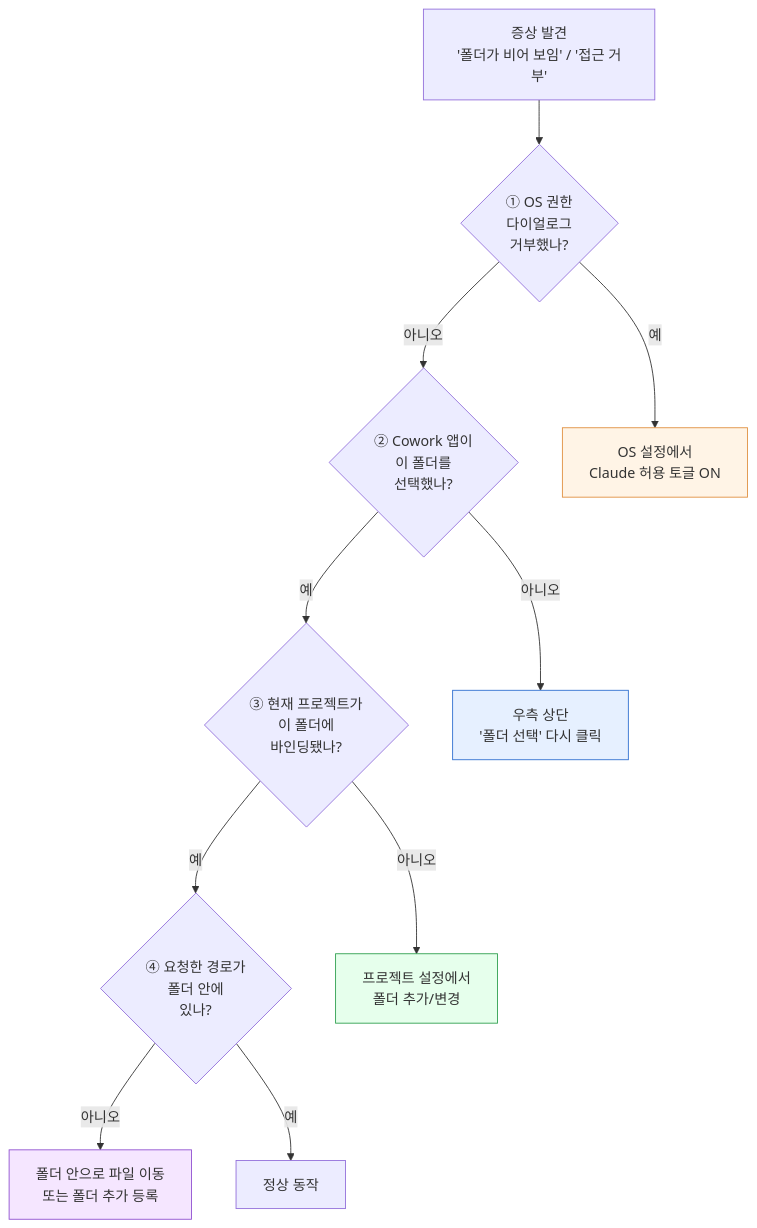
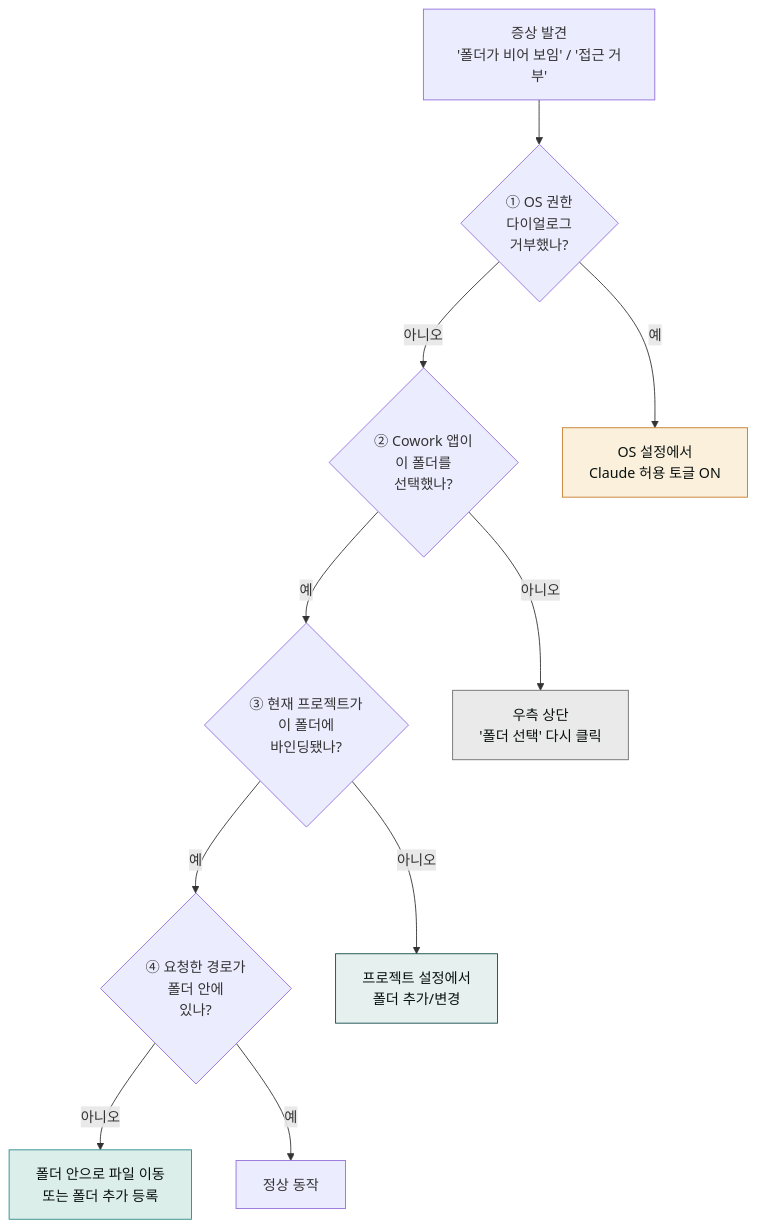
One commit to modu-ai/claude changed the fourth of 4 diagrams in content/cowork/permissions.md. Above: the diagram before and after it, drawn with Mermaid. The commit also changed other lines of this file and 97 other files, not shown here.

First line of the commit message:
style(docs-site): mermaid 색상 브랜드 정합 + 라이트 테마 단일화

````diff
--- a/content/cowork/permissions.md
+++ b/content/cowork/permissions.md
@@ -138,28 +138,28 @@
 ```mermaid
 flowchart TD
     S0[증상 발견<br/>'폴더가 비어 보임' / '접근 거부']
     S1{① OS 권한<br/>다이얼로그<br/>거부했나?}
     S2{② Cowork 앱이<br/>이 폴더를<br/>선택했나?}
     S3{③ 현재 프로젝트가<br/>이 폴더에<br/>바인딩됐나?}
     S4{④ 요청한 경로가<br/>폴더 안에<br/>있나?}
     FIX1[OS 설정에서<br/>Claude 허용 토글 ON]
     FIX2[우측 상단<br/>'폴더 선택' 다시 클릭]
     FIX3[프로젝트 설정에서<br/>폴더 추가/변경]
     FIX4[폴더 안으로 파일 이동<br/>또는 폴더 추가 등록]
     OK[정상 동작]
 
     S0 --> S1
     S1 -- 예 --> FIX1
     S1 -- 아니오 --> S2
     S2 -- 아니오 --> FIX2
     S2 -- 예 --> S3
     S3 -- 아니오 --> FIX3
     S3 -- 예 --> S4
     S4 -- 아니오 --> FIX4
     S4 -- 예 --> OK
 
-    style FIX1 fill:#fff4e6,stroke:#e09040
-    style FIX2 fill:#e6f0ff,stroke:#3070d0
-    style FIX3 fill:#e6ffec,stroke:#30a050
-    style FIX4 fill:#f5e6ff,stroke:#9050d0
+    style FIX1 fill:#fbf0dc,stroke:#c47b2a,color:#09110f
+    style FIX2 fill:#eaeaea,stroke:#6e6e6e,color:#09110f
+    style FIX3 fill:#e6f0ef,stroke:#144a46,color:#09110f
+    style FIX4 fill:#dceee9,stroke:#2a8a8c,color:#09110f
 ```
````
